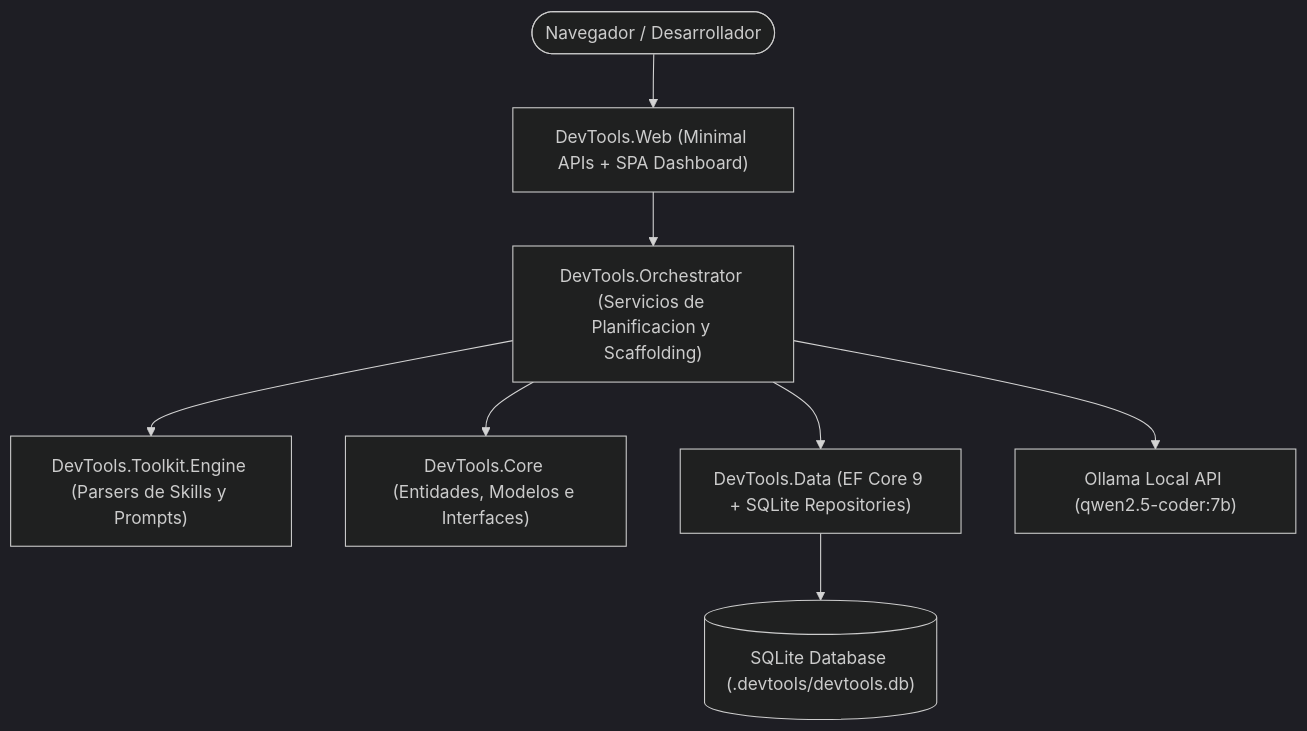
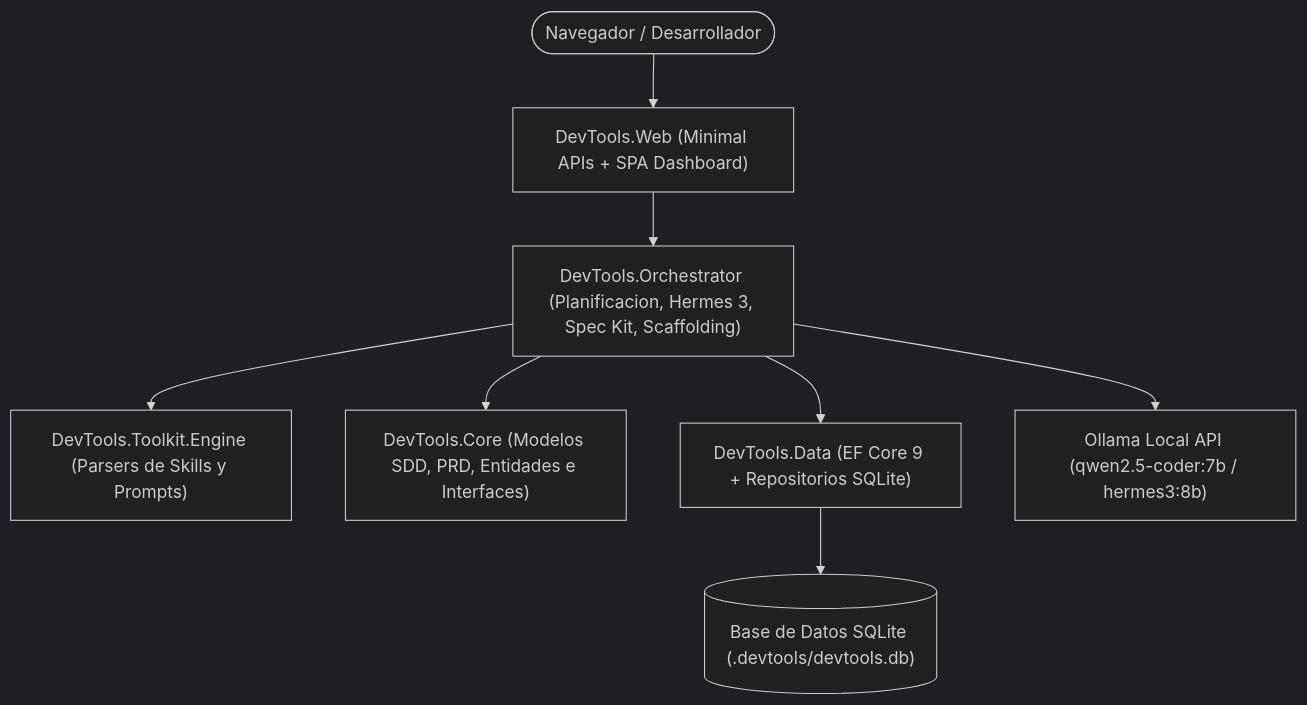
Before and after one commit to MarcosGHernandez/Devtools_MH011: the diagram in README.md, drawn with Mermaid (dark theme). The commit also changed other lines of this file, not shown here.

Commit message:
docs: update README with GitHub Spec Kit, PRD generator, Hermes 3 cognitive scratchpad, and 69 tests suite

````diff
--- a/README.md
+++ b/README.md
@@ -37,10 +44,10 @@
 ```mermaid
 graph TD
     Client([Navegador / Desarrollador]) --> Web["DevTools.Web (Minimal APIs + SPA Dashboard)"]
-    Web --> Orchestrator["DevTools.Orchestrator (Servicios de Planificacion y Scaffolding)"]
+    Web --> Orchestrator["DevTools.Orchestrator (Planificacion, Hermes 3, Spec Kit, Scaffolding)"]
     Orchestrator --> Engine["DevTools.Toolkit.Engine (Parsers de Skills y Prompts)"]
-    Orchestrator --> Core["DevTools.Core (Entidades, Modelos e Interfaces)"]
-    Orchestrator --> Data["DevTools.Data (EF Core 9 + SQLite Repositories)"]
-    Orchestrator --> LLM["Ollama Local API (qwen2.5-coder:7b)"]
-    Data --> DB[("SQLite Database (.devtools/devtools.db)")]
+    Orchestrator --> Core["DevTools.Core (Modelos SDD, PRD, Entidades e Interfaces)"]
+    Orchestrator --> Data["DevTools.Data (EF Core 9 + Repositorios SQLite)"]
+    Orchestrator --> LLM["Ollama Local API (qwen2.5-coder:7b / hermes3:8b)"]
+    Data --> DB[("Base de Datos SQLite (.devtools/devtools.db)")]
 ```
````
